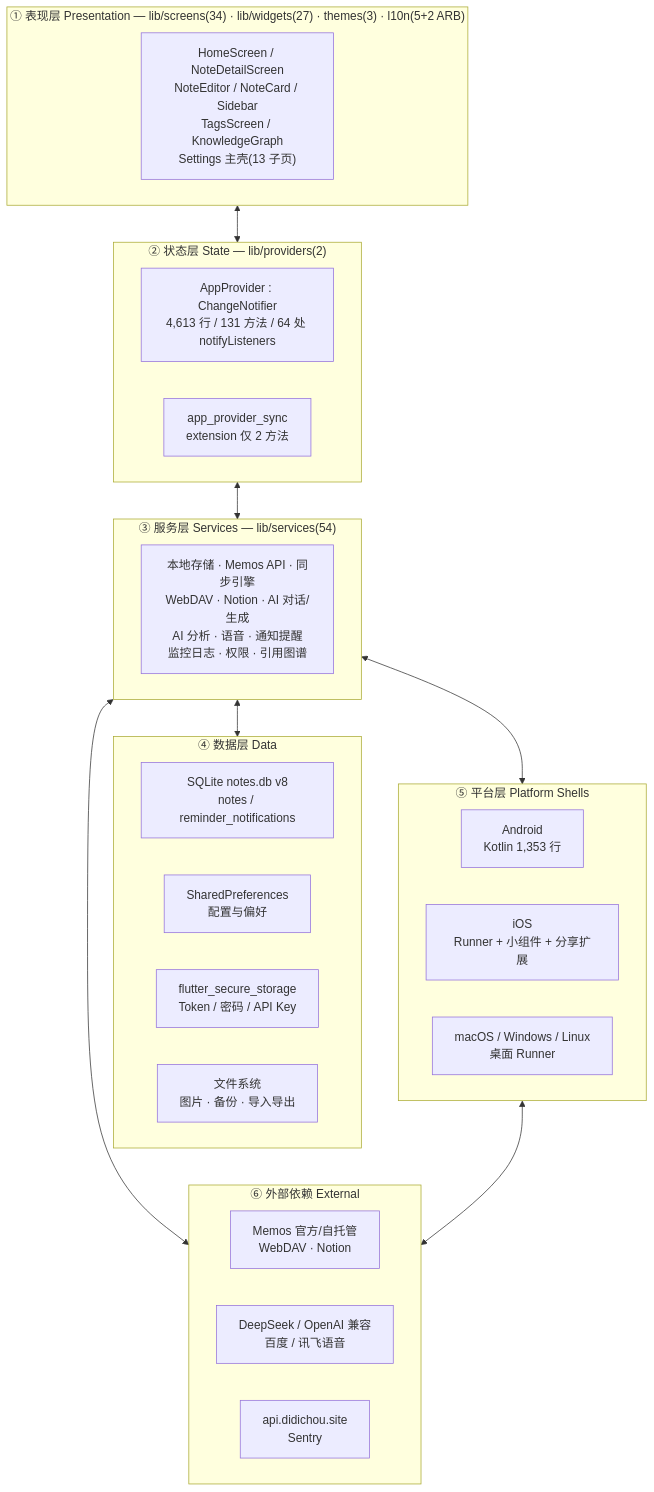
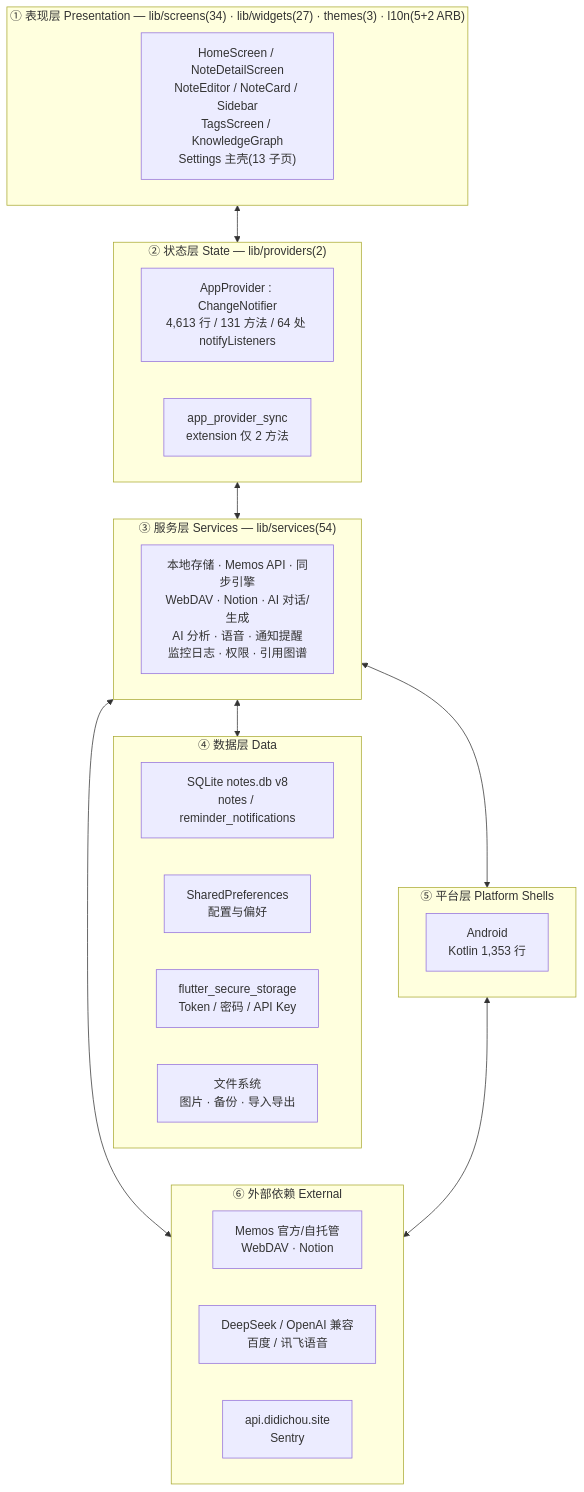
The first of 10 diagrams in docs/architecture/ARCHITECTURE_OVERVIEW.md (liudengxing/InkPaper), drawn with Mermaid before and after one commit. The commit also changed other lines of this file and 269 other files, not shown here.

````diff
--- a/docs/architecture/ARCHITECTURE_OVERVIEW.md
+++ b/docs/architecture/ARCHITECTURE_OVERVIEW.md
@@ -57,47 +59,45 @@
 ```mermaid
 flowchart TB
     subgraph P["① 表现层 Presentation — lib/screens(34) · lib/widgets(27) · themes(3) · l10n(5+2 ARB)"]
         direction LR
         P1["HomeScreen / NoteDetailScreen<br/>NoteEditor / NoteCard / Sidebar<br/>TagsScreen / KnowledgeGraph<br/>Settings 主壳(13 子页)"]
     end
 
     subgraph S["② 状态层 State — lib/providers(2)"]
         direction LR
         S1["AppProvider : ChangeNotifier<br/>4,613 行 / 131 方法 / 64 处 notifyListeners"]
         S2["app_provider_sync<br/>extension 仅 2 方法"]
     end
 
     subgraph SV["③ 服务层 Services — lib/services(54)"]
         direction LR
         SV1["本地存储 · Memos API · 同步引擎<br/>WebDAV · Notion · AI 对话/生成<br/>AI 分析 · 语音 · 通知提醒<br/>监控日志 · 权限 · 引用图谱"]
     end
 
     subgraph D["④ 数据层 Data"]
         direction LR
         D1["SQLite notes.db v8<br/>notes / reminder_notifications"]
         D2["SharedPreferences<br/>配置与偏好"]
         D3["flutter_secure_storage<br/>Token / 密码 / API Key"]
         D4["文件系统<br/>图片 · 备份 · 导入导出"]
     end
 
     subgraph PL["⑤ 平台层 Platform Shells"]
         direction LR
         PL1["Android<br/>Kotlin 1,353 行"]
-        PL2["iOS<br/>Runner + 小组件 + 分享扩展"]
-        PL3["macOS / Windows / Linux<br/>桌面 Runner"]
     end
 
     subgraph E["⑥ 外部依赖 External"]
         direction LR
         E1["Memos 官方/自托管<br/>WebDAV · Notion"]
         E2["DeepSeek / OpenAI 兼容<br/>百度 / 讯飞语音"]
         E3["api.didichou.site<br/>Sentry"]
     end
 
     P <--> S
     S <--> SV
     SV <--> D
     SV <--> PL
     SV <--> E
     PL <--> E
 ```
````
